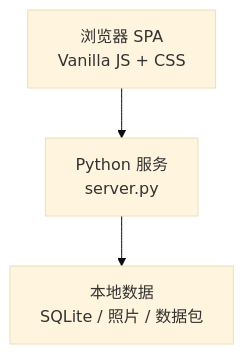
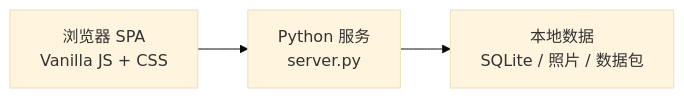
One commit to LiZiqian/TestChamber changed the diagram in README.md. Above: the diagram before and after it, drawn with Mermaid (base theme). The commit also changed other lines of this file and 1 other file, not shown here.

Commit message:
Add styled README workflow diagram

````diff
--- a/README.md
+++ b/README.md
@@ -91,8 +82,8 @@
 ```mermaid
-flowchart TB
+flowchart LR
     Browser["浏览器 SPA<br/>Vanilla JS + CSS"]
     Server["Python 服务<br/>server.py"]
     Storage["本地数据<br/>SQLite / 照片 / 数据包"]
 
     Browser --> Server --> Storage
 ```
````
